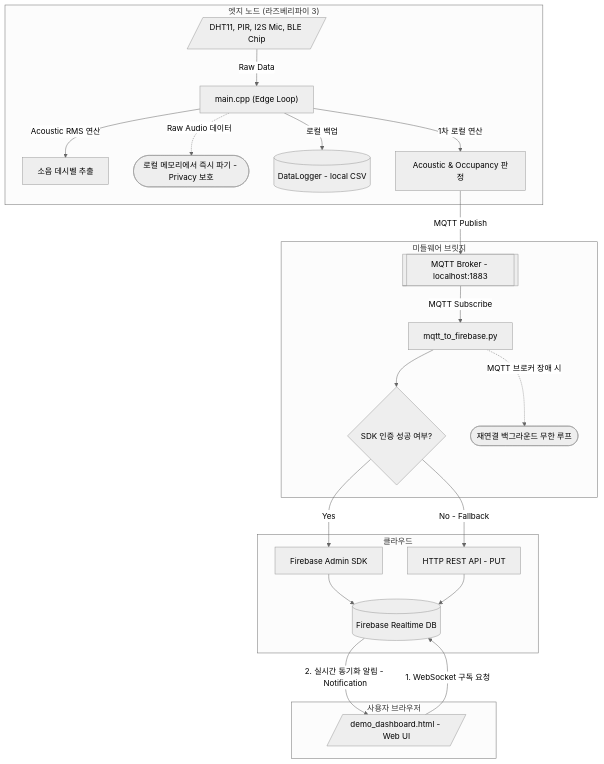
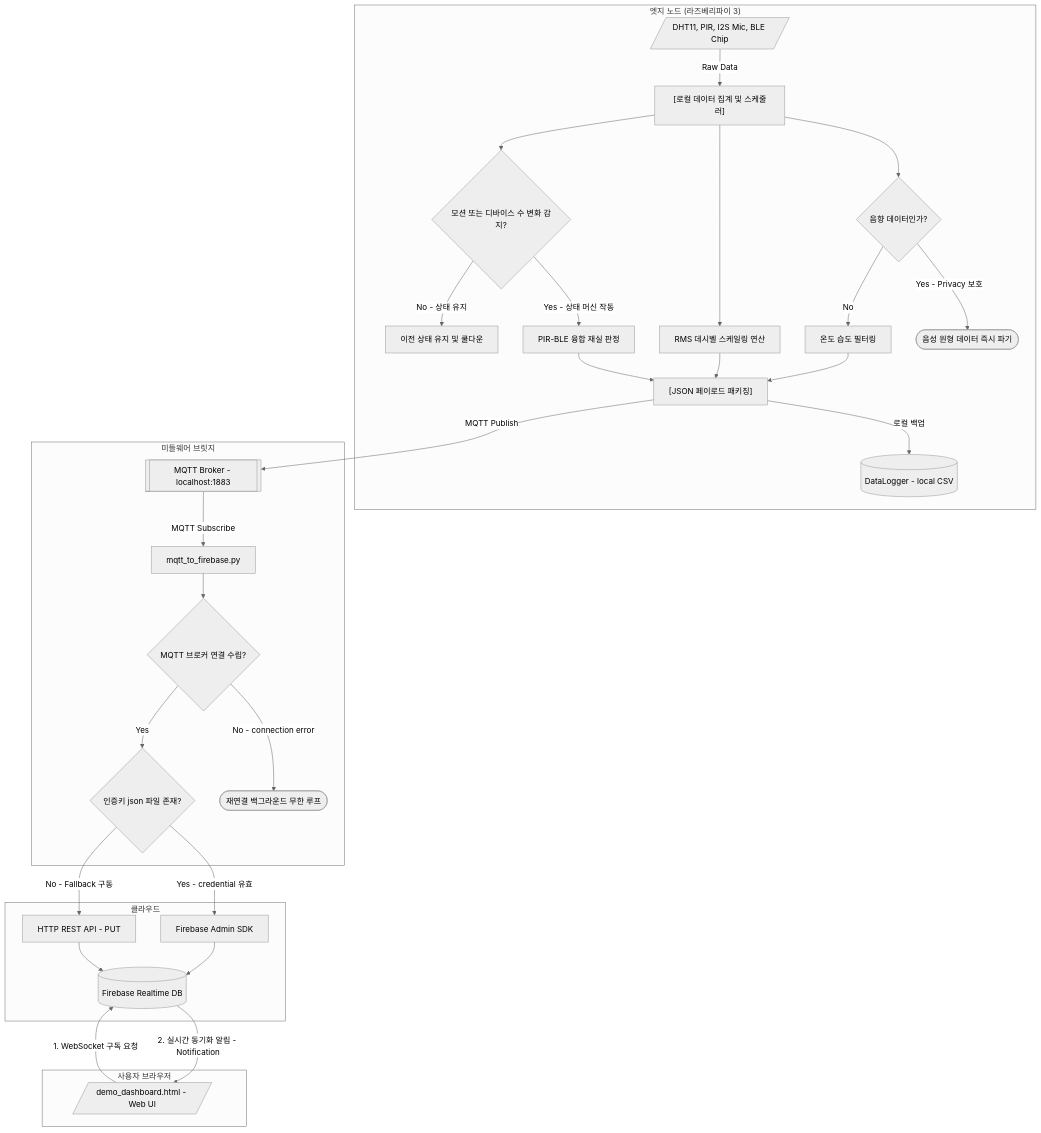
The diagram in README.md (mg021010/StudySpot), drawn with Mermaid (neutral theme) before and after one commit.

Commit message:
docs: refactor Mermaid diagram to focus on logical features and decision rhombuses

````diff
--- a/README.md
+++ b/README.md
@@ -27,44 +27,57 @@
 ```mermaid
 graph TD
     %% 1. Hardware/Edge Node
     subgraph EdgeNode ["엣지 노드 (라즈베리파이 3)"]
-        Sensors[/DHT11, PIR, I2S Mic, BLE Chip/] -->|Raw Data| Main["main.cpp (Edge Loop)"]
+        Sensors[/DHT11, PIR, I2S Mic, BLE Chip/] -->|Raw Data| Collector["[로컬 데이터 집계 및 스케줄러]"]
         
-        %% Audio data privacy flow
-        Main -->|Acoustic RMS 연산| SoundDb["소음 데시벨 추출"]
-        Main -.->|Raw Audio 데이터| Trash([로컬 메모리에서 즉시 파기 - Privacy 보호])
+        %% Audio data privacy decision
+        Collector --> AudioCheck{"음향 데이터인가?"}
+        AudioCheck -->|Yes - Privacy 보호| Trash([음성 원형 데이터 즉시 파기])
+        AudioCheck -->|No| TempHum["온도 습도 필터링"]
         
-        %% Local logging / offline flow
-        Main -->|로컬 백업| CSVLogger[(DataLogger - local CSV)]
-        Main -->|1차 로컬 연산| Proc["Acoustic & Occupancy 판정"]
+        %% Sound processing
+        Collector --> SoundProc["RMS 데시벨 스케일링 연산"]
+        
+        %% Sensor fusion decision
+        Collector --> OccupancyCheck{"모션 또는 디바이스 수 변화 감지?"}
+        OccupancyCheck -->|Yes - 상태 머신 작동| Fusion["PIR-BLE 융합 재실 판정"]
+        OccupancyCheck -->|No - 상태 유지| Hold["이전 상태 유지 및 쿨다운"]
+        
+        %% Output packet packaging
+        SoundProc --> Packager["[JSON 페이로드 패키징]"]
+        Fusion --> Packager
+        TempHum --> Packager
+        
+        Packager -->|로컬 백업| CSVLogger[(DataLogger - local CSV)]
     end
 
     %% 2. Messaging/Broker
     subgraph Messaging ["미들웨어 브릿지"]
-        Proc -->|MQTT Publish| Broker[[MQTT Broker - localhost:1883]]
+        Packager -->|MQTT Publish| Broker[[MQTT Broker - localhost:1883]]
         Broker -->|MQTT Subscribe| Bridge["mqtt_to_firebase.py"]
-        Bridge --> AuthCheck{"SDK 인증 성공 여부?"}
         
-        %% Broker/Bridge connection fail fallback
-        Bridge -.->|MQTT 브로커 장애 시| Retry([재연결 백그라운드 무한 루프])
+        %% MQTT Conn Decision
+        Bridge --> MqttCheck{"MQTT 브로커 연결 수립?"}
+        MqttCheck -->|No - connection error| Retry([재연결 백그라운드 무한 루프])
+        MqttCheck -->|Yes| AuthCheck{"인증키 json 파일 존재?"}
     end
 
     %% 3. Cloud / Database
     subgraph Cloud ["클라우드"]
         %% Firebase writing fallback
-        AuthCheck -->|Yes| FirebaseSDK["Firebase Admin SDK"]
-        AuthCheck -->|No - Fallback| FirebaseREST["HTTP REST API - PUT"]
+        AuthCheck -->|Yes - credential 유효| FirebaseSDK["Firebase Admin SDK"]
+        AuthCheck -->|No - Fallback 구동| FirebaseREST["HTTP REST API - PUT"]
         
         FirebaseSDK --> DB[(Firebase Realtime DB)]
         FirebaseREST --> DB
     end
 
     %% 4. Client / User
     subgraph Client ["사용자 브라우저"]
         Web[/demo_dashboard.html - Web UI/]
         
         %% Subscription & Notification flow
         Web -->|1. WebSocket 구독 요청| DB
         DB -->|2. 실시간 동기화 알림 - Notification| Web
     end
 ```
````
